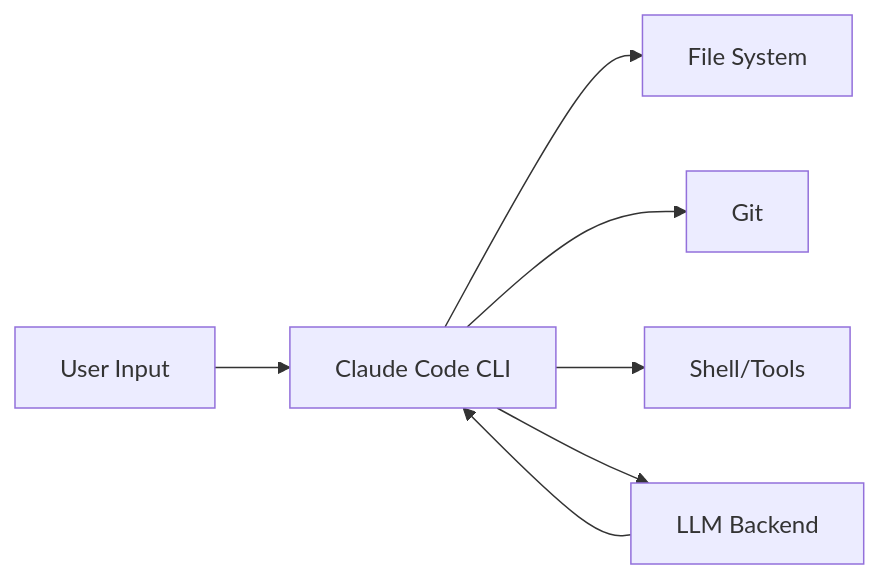
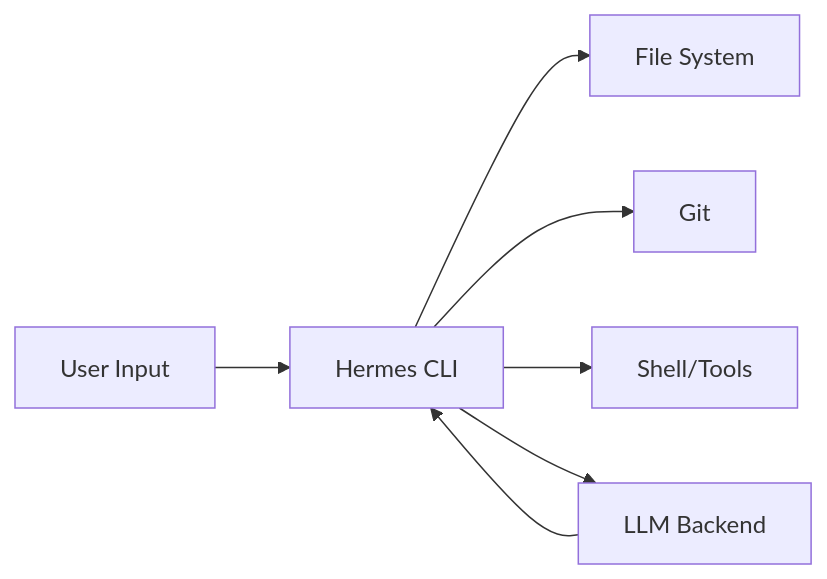
The diagram in 01-quickstart/README.md (1234567mm/hermes-howto), drawn with Mermaid before and after one commit. The commit also changed other lines of this file and 57 other files, not shown here.

````diff
--- a/01-quickstart/README.md
+++ b/01-quickstart/README.md
@@ -14,9 +14,9 @@
 ```mermaid
 graph LR
-    A["User Input"] --> B["Claude Code CLI"]
+    A["User Input"] --> B["Hermes CLI"]
     B --> C["File System"]
     B --> D["Git"]
     B --> E["Shell/Tools"]
     B --> F["LLM Backend"]
     F --> B
 ```
````
